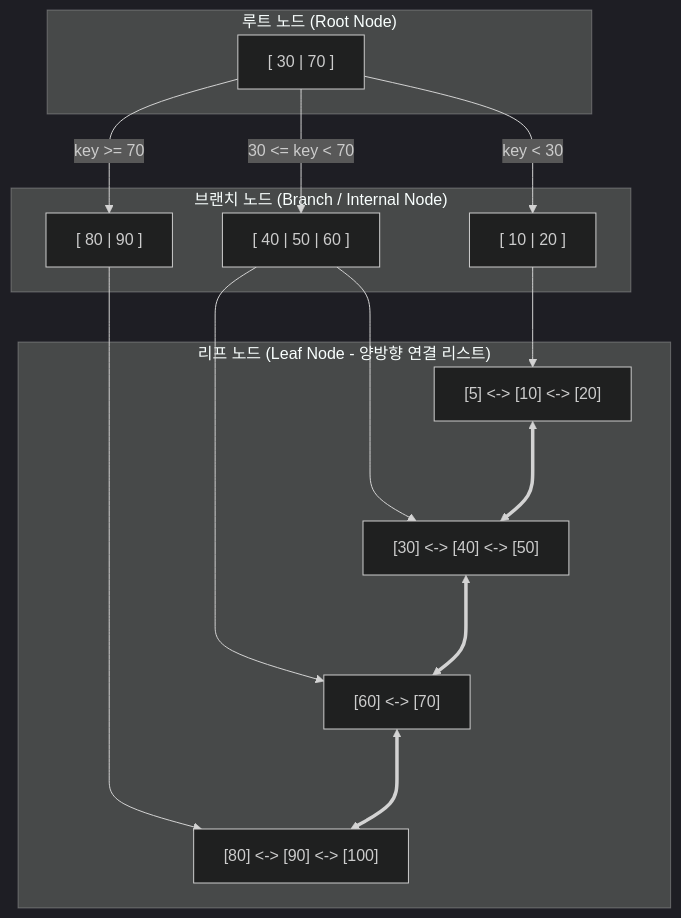
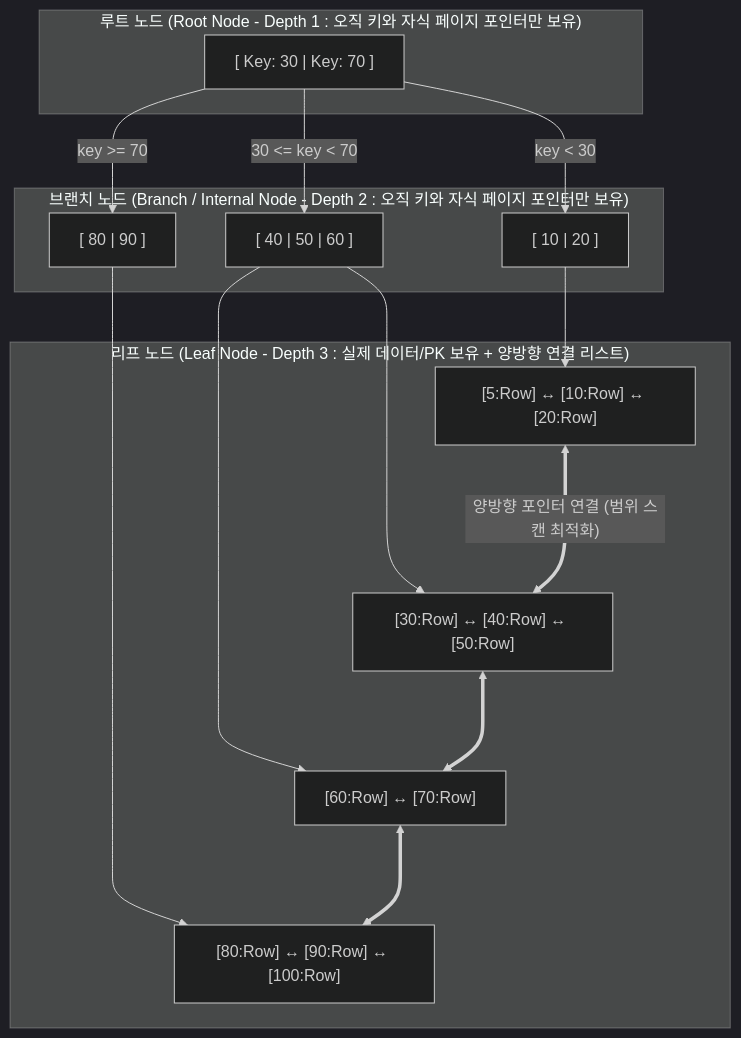
One commit to keimania/tech-notes changed diagram 19 of 37 in 07_데이터베이스_기술.md. Above: the diagram before and after it, drawn with Mermaid (dark theme). The commit also changed other lines of this file and 12 other files, not shown here.

````diff
--- a/07_데이터베이스_기술.md
+++ b/07_데이터베이스_기술.md
@@ -572,30 +989,30 @@
 ```mermaid
 flowchart TD
-    subgraph RootNode["루트 노드 (Root Node)"]
-        R["[ 30 | 70 ]"]
+    subgraph RootNode["루트 노드 (Root Node - Depth 1 : 오직 키와 자식 페이지 포인터만 보유)"]
+        R["[ Key: 30 | Key: 70 ]"]
     end
 
-    subgraph BranchNode["브랜치 노드 (Branch / Internal Node)"]
+    subgraph BranchNode["브랜치 노드 (Branch / Internal Node - Depth 2 : 오직 키와 자식 페이지 포인터만 보유)"]
         B1["[ 10 | 20 ]"]
         B2["[ 40 | 50 | 60 ]"]
         B3["[ 80 | 90 ]"]
     end
 
-    subgraph LeafNode["리프 노드 (Leaf Node - 양방향 연결 리스트)"]
-        L1["[5] <-> [10] <-> [20]"]
-        L2["[30] <-> [40] <-> [50]"]
-        L3["[60] <-> [70]"]
-        L4["[80] <-> [90] <-> [100]"]
+    subgraph LeafNode["리프 노드 (Leaf Node - Depth 3 : 실제 데이터/PK 보유 + 양방향 연결 리스트)"]
+        L1["[5:Row] ↔ [10:Row] ↔ [20:Row]"]
+        L2["[30:Row] ↔ [40:Row] ↔ [50:Row]"]
+        L3["[60:Row] ↔ [70:Row]"]
+        L4["[80:Row] ↔ [90:Row] ↔ [100:Row]"]
     end
 
-    R -->|key < 30| B1
-    R -->|30 <= key < 70| B2
-    R -->|key >= 70| B3
+    R -->|"key < 30"| B1
+    R -->|"30 <= key < 70"| B2
+    R -->|"key >= 70"| B3
 
     B1 --> L1
     B2 --> L2
     B2 --> L3
     B3 --> L4
 
-    L1 <===> L2 <===> L3 <===> L4
+    L1 <===>|"양방향 포인터 연결 (범위 스캔 최적화)"| L2 <===> L3 <===> L4
 ```
````
